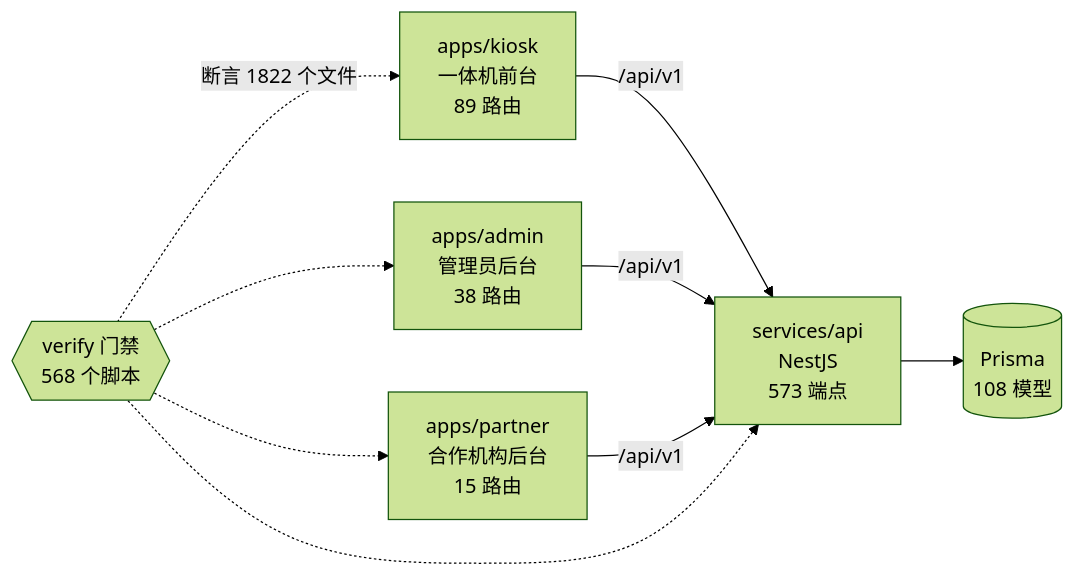
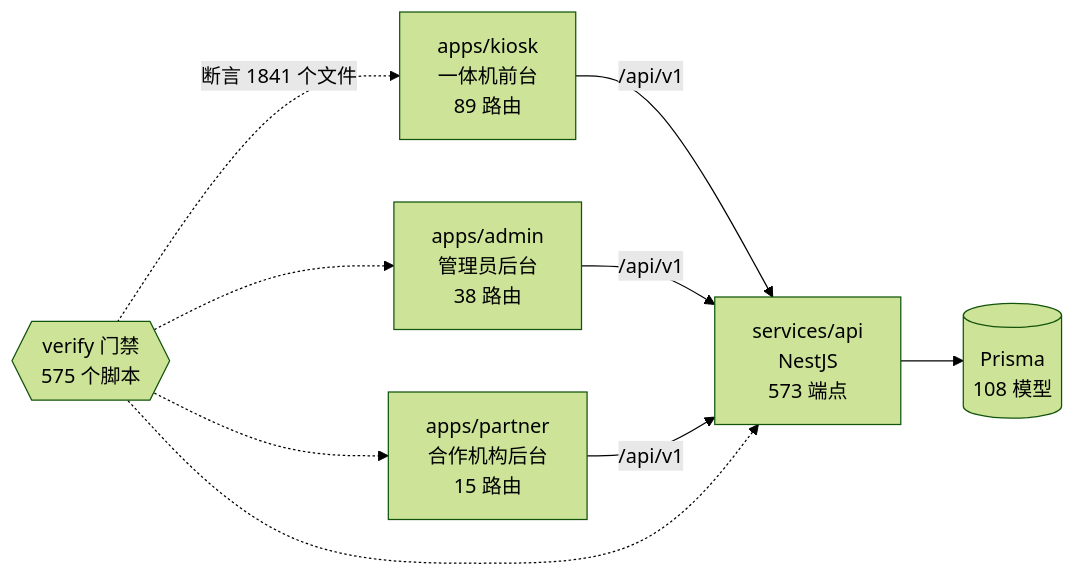
Before and after one commit to wanglei581/YITIJI: the diagram in docs/graph/README.md, drawn with Mermaid (forest theme). The commit also changed other lines of this file and 3 other files, not shown here.

Commit message:
docs(progress): 记第五次更新暂停；10/4 八个 PR 合入后图谱

````diff
--- a/docs/graph/README.md
+++ b/docs/graph/README.md
@@ -68,18 +68,18 @@
 ```mermaid
 flowchart LR
   kiosk["apps/kiosk<br/>一体机前台<br/>89 路由"]
   admin["apps/admin<br/>管理员后台<br/>38 路由"]
   partner["apps/partner<br/>合作机构后台<br/>15 路由"]
   api["services/api<br/>NestJS<br/>573 端点"]
   db[("Prisma<br/>108 模型")]
-  gates{{"verify 门禁<br/>568 个脚本"}}
+  gates{{"verify 门禁<br/>575 个脚本"}}
 
   kiosk -->|"/api/v1"| api
   admin -->|"/api/v1"| api
   partner -->|"/api/v1"| api
   api --> db
-  gates -.->|"断言 1822 个文件"| kiosk
+  gates -.->|"断言 1841 个文件"| kiosk
   gates -.-> admin
   gates -.-> partner
   gates -.-> api
 ```
````
